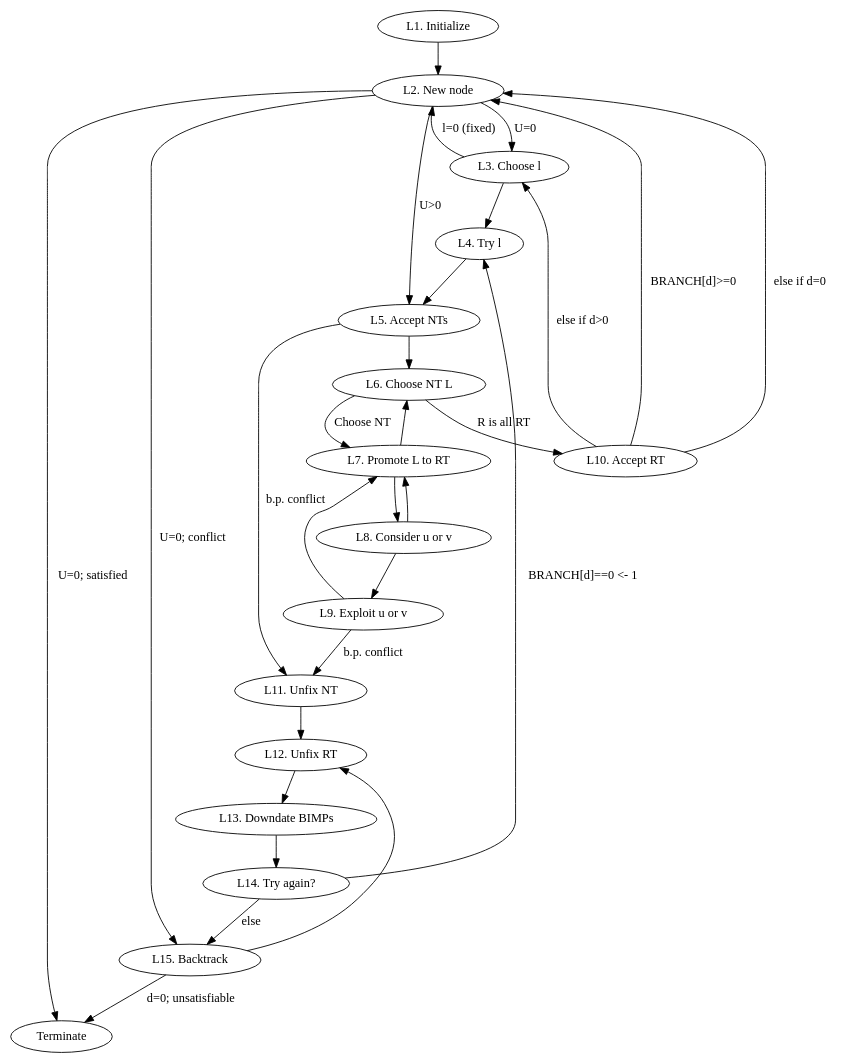
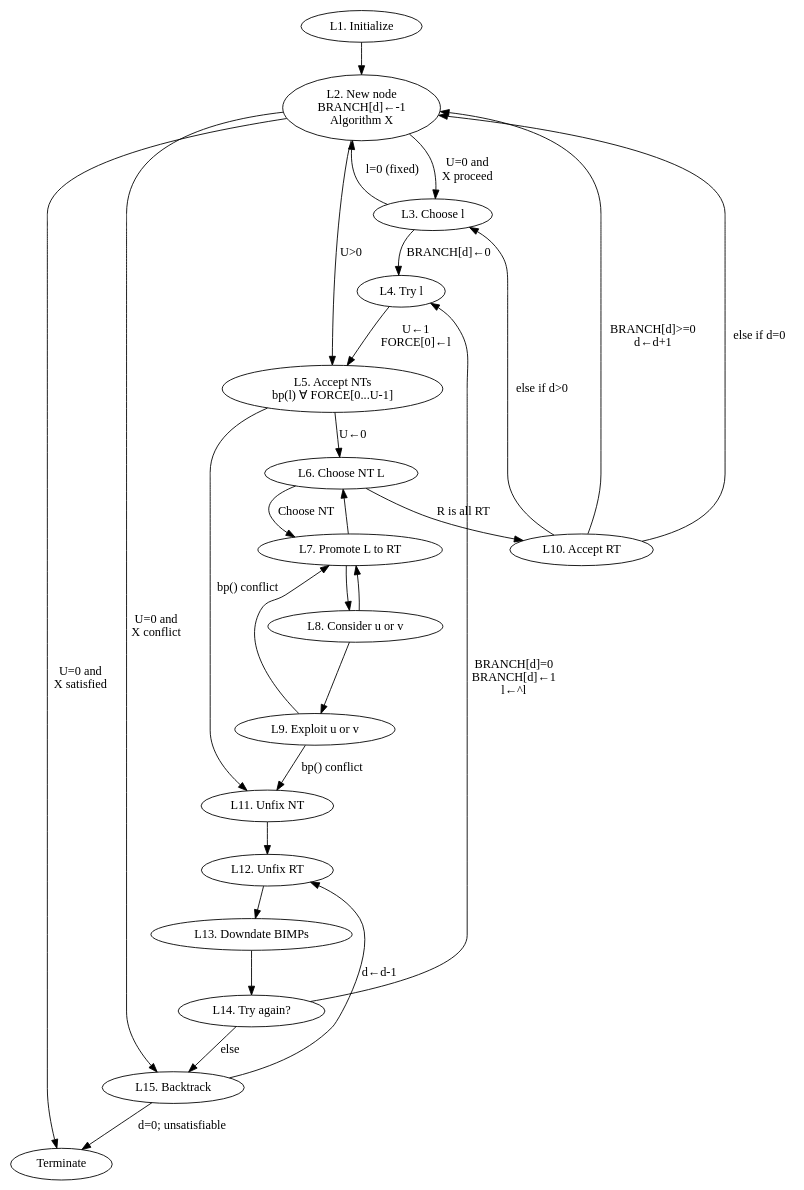
Before and after one commit to wallberg/sandbox-go: the diagram in doc/taocp-7-2-2-2-AlgorithmL.dot, drawn with Graphviz. The commit also changed 1 other file, not shown here.

Commit message:
SatAlgorithmL: in progress

```diff
--- a/doc/taocp-7-2-2-2-AlgorithmL.dot
+++ b/doc/taocp-7-2-2-2-AlgorithmL.dot
@@ -1,42 +1,47 @@
 digraph G {
     L1 [label="L1. Initialize"]
-    L2 [label="L2. New node"]
+    L2 [label="L2. New node\nBRANCH[d]←-1\nAlgorithm X"]
     L3 [label="L3. Choose l"]
     L4 [label="L4. Try l"]
-    L5 [label="L5. Accept NTs"]
+    L5 [label="L5. Accept NTs\nbp(l) ∀ FORCE[0...U-1]"]
     L6 [label="L6. Choose NT L"]
     L7 [label="L7. Promote L to RT"]
     L8 [label="L8. Consider u or v"]
     L9 [label="L9. Exploit u or v"]
     L10 [label="L10. Accept RT"]
     L11 [label="L11. Unfix NT"]
     L12 [label="L12. Unfix RT"]
     L13 [label="L13. Downdate BIMPs"]
     L14 [label="L14. Try again?"]
     L15 [label="L15. Backtrack"]
 
     L1 -> L2
-    L2 -> Terminate [label="U=0; satisfied"]
-    L2 -> L15 [label="U=0; conflict"]
-    L2 -> L3 [label="U=0"]
+    L2 -> Terminate [label="U=0 and\nX satisfied"]
+    L2 -> L15 [label="U=0 and\nX conflict"]
+    L2 -> L3 [label="U=0 and\nX proceed"]
     L2 -> L5 [label="U>0"]
     L3 -> L2 [label="l=0 (fixed)"]
-    L3 -> L4 -> L5 -> L6
-    L5 -> L11 [label="b.p. conflict"]
+    L3 -> L4 [label="BRANCH[d]←0"]
+    L4 -> L5 [label="U←1\nFORCE[0]←l"]
+    L5 -> L6 [label="U←0"]
+    L5 -> L11 [label="bp() conflict"]
     L6 -> L10 [label="R is all RT"]
     L6 -> L7 [label="Choose NT"]
     L7 -> L6
     L7 -> L8
     L8 -> L7
     L8 -> L9
     L9 -> L7
-    L9 -> L11 [label="b.p. conflict"]
-    L10 -> L2 [label="BRANCH[d]>=0"]
+    L9 -> L11 [label="bp() conflict"]
+    L10 -> L2 [label="BRANCH[d]>=0\n d←d+1"]
     L10 -> L3 [label="else if d>0"]
     L10 -> L2 [label="else if d=0"]
     L11 -> L12 -> L13 -> L14
-    L14 -> L4 [label="BRANCH[d]==0 <- 1"]
+    L14 -> L4 [label="BRANCH[d]=0\nBRANCH[d]←1\nl←^l"]
     L14 -> L15 [label="else"]
     L15 -> Terminate [label="d=0; unsatisfiable"]
-    L15 -> L12
+    L15 -> L12 [label="d←d-1"]
+
+    // {rank = same; L1; L2;}
+    // {rank = same; L15; Terminate;}
 }
```
